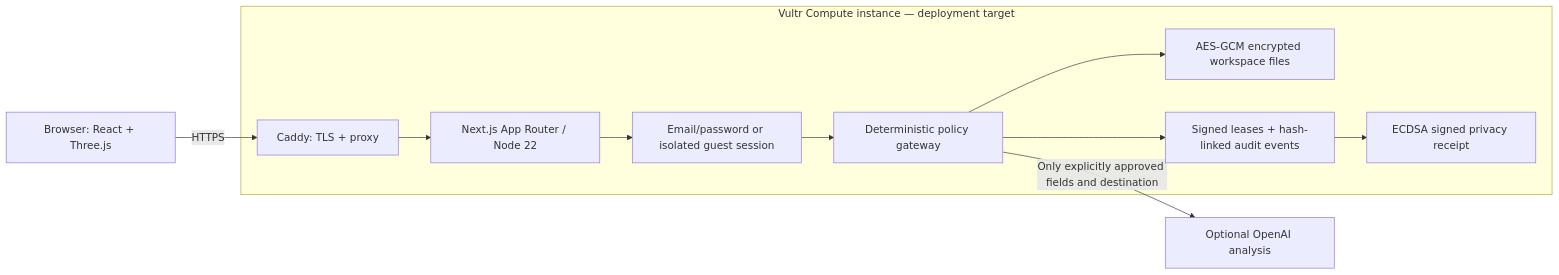
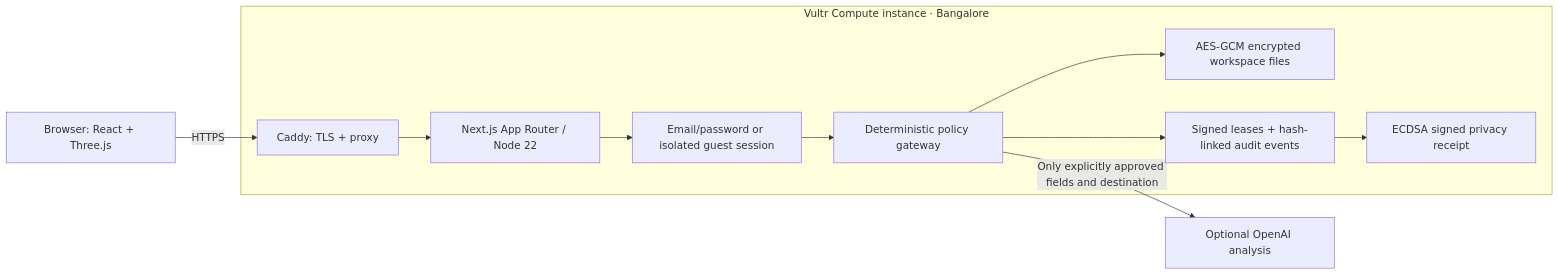
One commit to VijayabaskarR-06/borrow changed the first of 2 diagrams in docs/ARCHITECTURE.md. Above: the diagram before and after it, drawn with Mermaid. The commit also changed other lines of this file and 9 other files, not shown here.

Commit message:
Document verified Vultr deployment and publish signed demo evidence

````diff
--- a/docs/ARCHITECTURE.md
+++ b/docs/ARCHITECTURE.md
@@ -9,13 +9,13 @@
 ```mermaid
 flowchart LR
   U[Browser: React + Three.js] -->|HTTPS| C[Caddy: TLS + proxy]
-  subgraph V[Vultr Compute instance — deployment target]
+  subgraph V[Vultr Compute instance · Bangalore]
     C --> N[Next.js App Router / Node 22]
     N --> A[Email/password or isolated guest session]
     A --> P[Deterministic policy gateway]
     P --> E[AES-GCM encrypted workspace files]
     P --> L[Signed leases + hash-linked audit events]
     L --> R[ECDSA signed privacy receipt]
   end
   P -->|Only explicitly approved fields and destination| AI[Optional OpenAI analysis]
 ```
````
